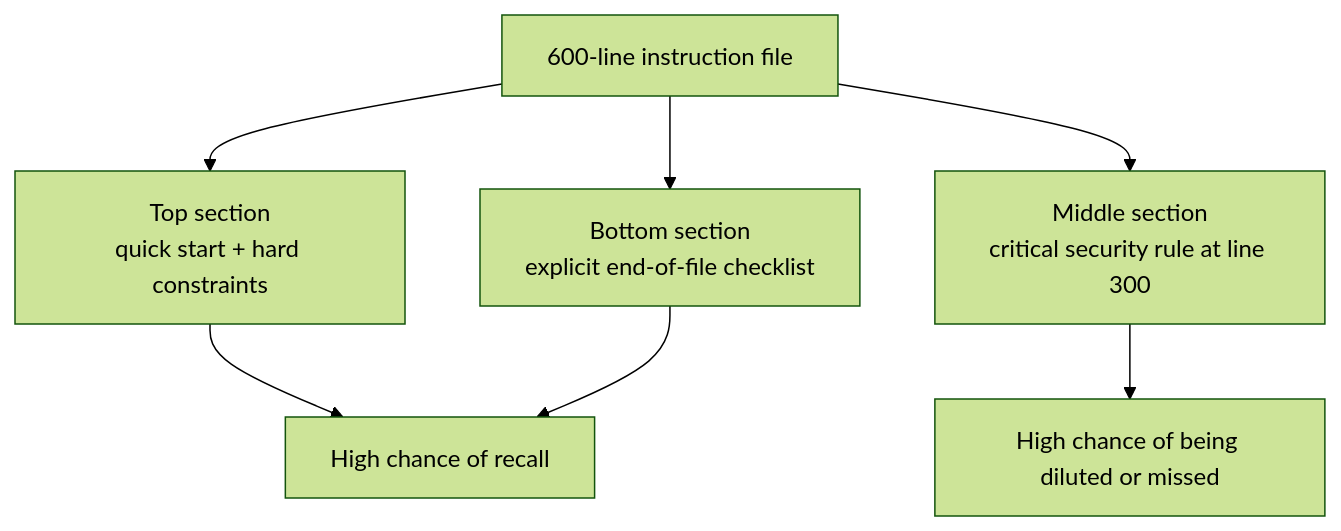
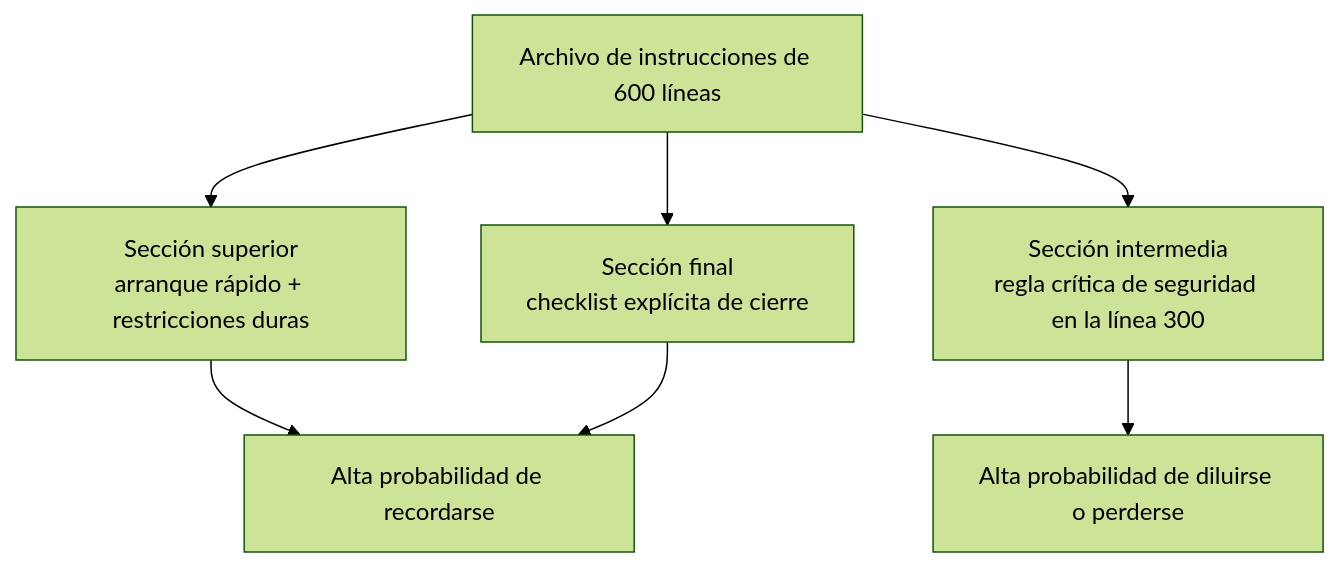
One commit to jordipiella/learn-harness-engineering changed the second of 2 diagrams in docs/es/lectures/lecture-04-why-one-giant-instruction-file-fails/index.md. Above: the diagram before and after it, drawn with Mermaid (forest theme). The commit also changed other lines of this file and 108 other files, not shown here.

````diff
--- a/docs/es/lectures/lecture-04-why-one-giant-instruction-file-fails/index.md
+++ b/docs/es/lectures/lecture-04-why-one-giant-instruction-file-fails/index.md
@@ -48,9 +48,9 @@
 ```mermaid
 flowchart TB
-    File["600-line instruction file"] --> Top["Top section<br/>quick start + hard constraints"]
-    File --> Mid["Middle section<br/>critical security rule at line 300"]
-    File --> Bot["Bottom section<br/>explicit end-of-file checklist"]
-    Top --> Seen["High chance of recall"]
+    File["Archivo de instrucciones de 600 líneas"] --> Top["Sección superior<br/>arranque rápido + restricciones duras"]
+    File --> Mid["Sección intermedia<br/>regla crítica de seguridad en la línea 300"]
+    File --> Bot["Sección final<br/>checklist explícita de cierre"]
+    Top --> Seen["Alta probabilidad de recordarse"]
     Bot --> Seen
-    Mid --> Missed["High chance of being diluted or missed"]
+    Mid --> Missed["Alta probabilidad de diluirse o perderse"]
 ```
````
